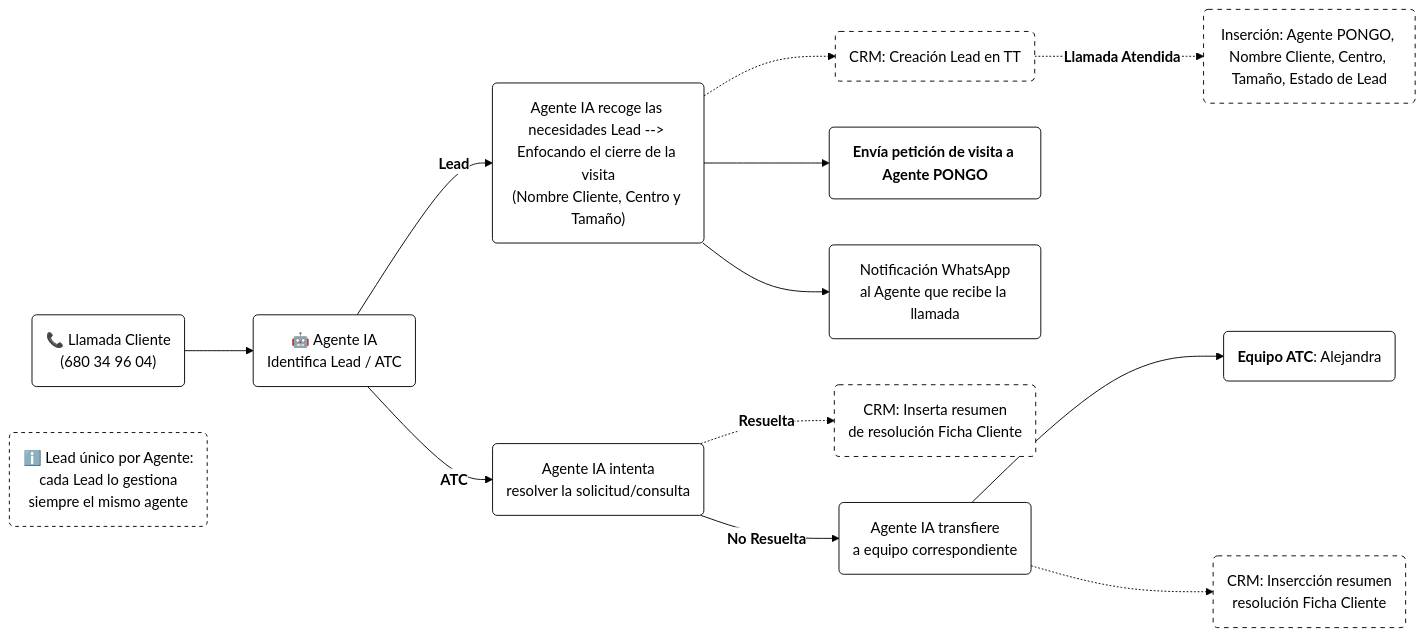
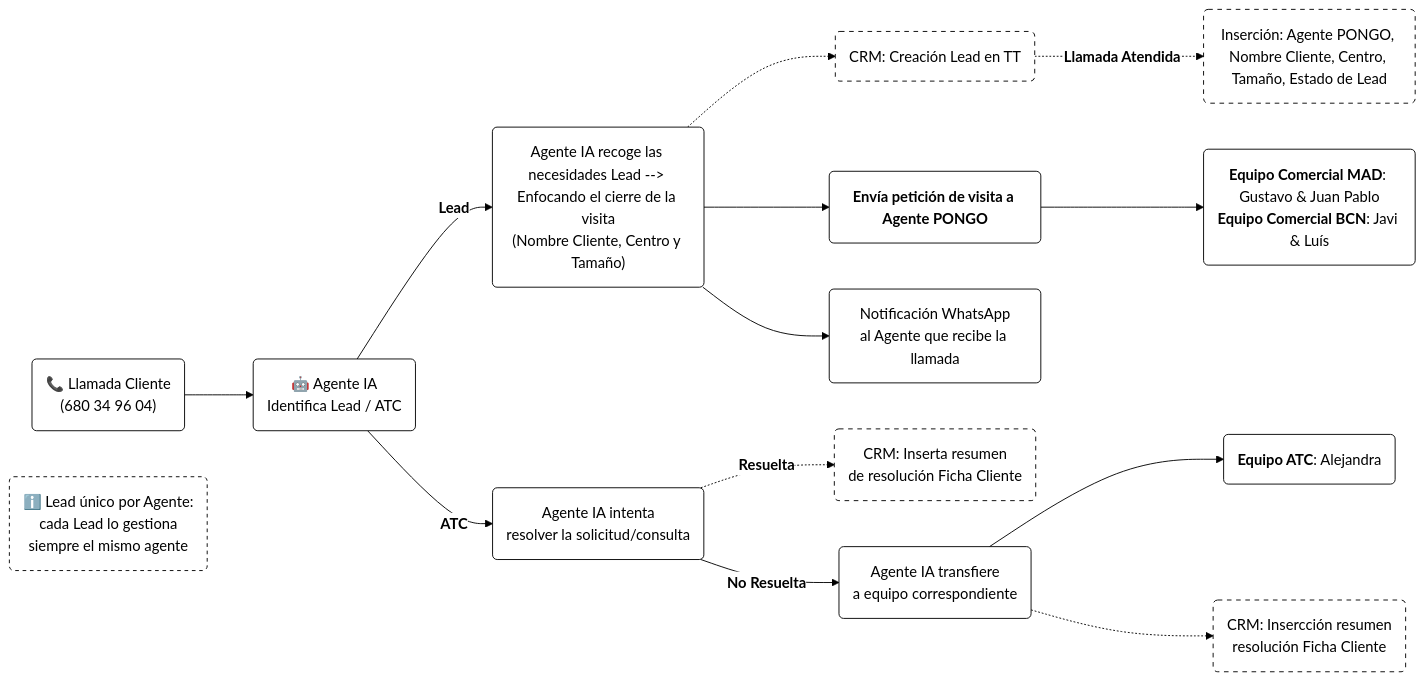
The diagram in flujo_en_horario (1).md (Fblanchete/Agente-IA), drawn with Mermaid before and after one commit.

Commit message:
Update flujo_en_horario (1).md

````diff
--- a/flujo_en_horario (1).md
+++ b/flujo_en_horario (1).md
@@ -3,32 +3,33 @@
 ```mermaid
 %%{init: {'theme': 'base', 'themeVariables': { 'fontFamily': 'Arial', 'background': '#FFFFFF', 'primaryColor': '#FFFFFF', 'primaryBorderColor': '#000000', 'primaryTextColor': '#000000', 'lineColor': '#000000', 'secondaryColor': '#FFFFFF', 'tertiaryColor': '#FFFFFF'}}}%%
 flowchart LR
     A1("📞 Llamada Cliente<br/>(680 34 96 04)") --> A2("🤖 Agente IA<br/>Identifica Lead / ATC")
 
     A2 -->|"`**Lead**`"| L2("Agente IA recoge las necesidades Lead --> Enfocando el cierre de la visita<br/>(Nombre Cliente, Centro y Tamaño)")
     L2 -.-> CRM1("CRM: Creación Lead en TT")
     L2 --> L4("`**Envía petición de visita a Agente PONGO**`")
     L2 --> L5("Notificación WhatsApp<br/>al Agente que recibe la llamada")
+    L4 --> L6("`**Equipo Comercial MAD**: Gustavo & Juan Pablo<br/>**Equipo Comercial BCN**: Javi & Luís`")
     CRM1 -.-> |"`**Llamada Atendida**`"| LA("Inserción: Agente PONGO, Nombre Cliente, Centro, Tamaño, Estado de Lead")
 
     A2 -->|"`**ATC**`"| T1("Agente IA intenta<br/>resolver la solicitud/consulta")
     T1 -.->|"`**Resuelta**`"| CRM2("CRM: Inserta resumen<br/>de resolución Ficha Cliente")
     T1 -->|"`**No Resuelta**`"| T2("Agente IA transfiere<br/>a equipo correspondiente")
     T2 --> T3("`**Equipo ATC**: Alejandra`")
     T2 -.-> CRM3("CRM: Insercción resumen<br/>resolución Ficha Cliente")
   
 
     N0("ℹ️ Lead único por Agente:<br/>cada Lead lo gestiona<br/>siempre el mismo agente")
 
 
     classDef todos fill:#FFFFFF,stroke:#000000,color:#000000
     classDef nota fill:#FFFFFF,stroke:#000000,color:#000000,stroke-dasharray: 4 4
     classDef comment fill:#FFFFFF,stroke:#FF2C2C,color:#000000,stroke-dasharray: 5 5
     classDef CRM fill:#FFFFFF,stroke:#000000,color:#000000,stroke-dasharray: 5 5
-    class A1,A2,L2,L4,L5,T1,T2,T3 todos
+    class A1,A2,L2,L4,L6,L5,T1,T2,T3 todos
     class N0 nota
     class L3 comment
     class CRM1,LA,LNA,CRM3,CRM2 CRM
    
 
 ```
````
